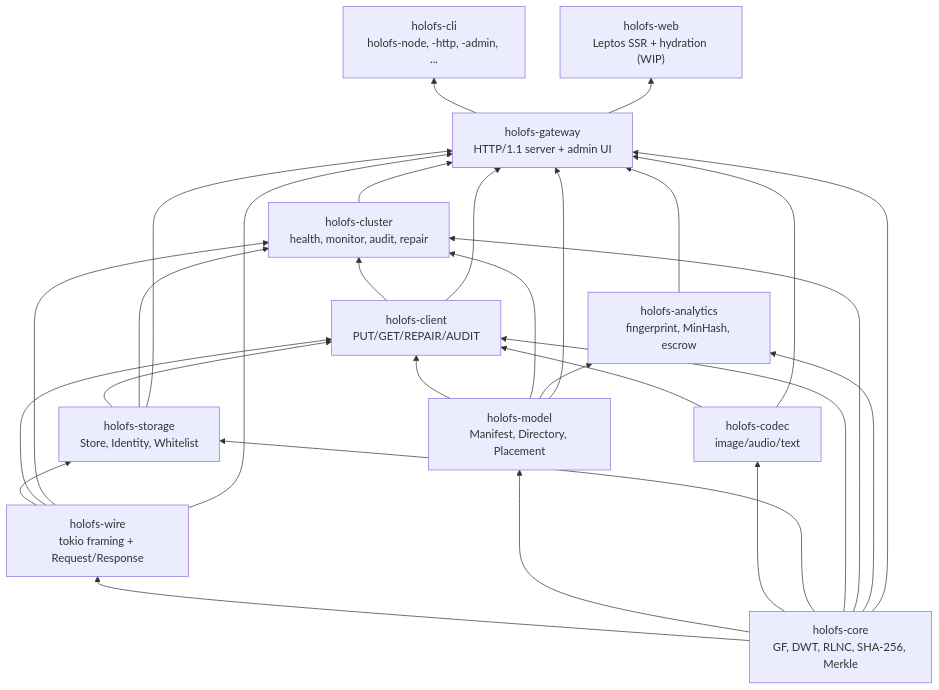
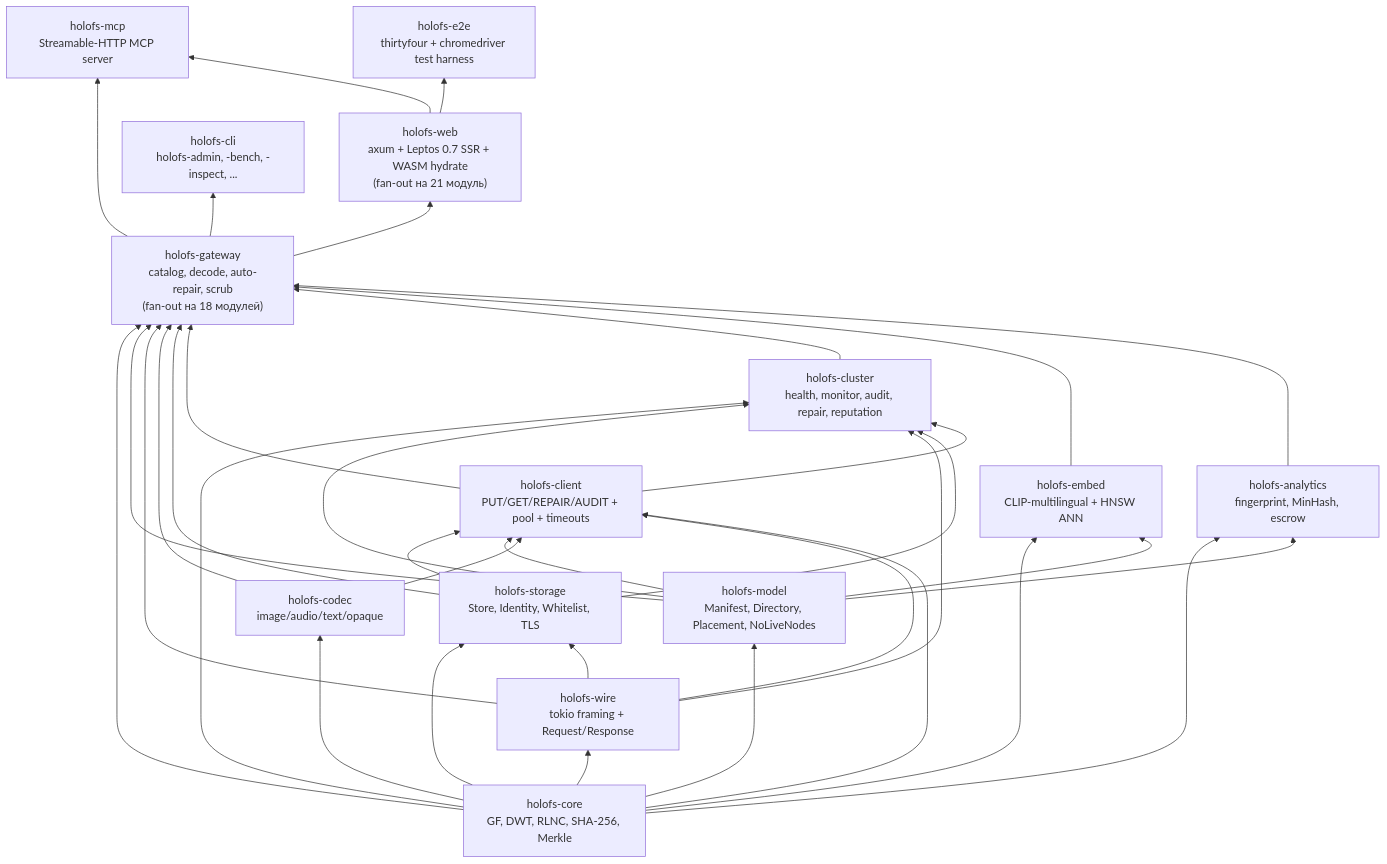
Before and after one commit to rmorenko/holofs: the first of 5 diagrams in docs/ru/architecture.md, drawn with Mermaid. The commit also changed other lines of this file and 3 other files, not shown here.

First line of the commit message:
docs: retranslate ru/{README,threat-model,architecture,theory}.md against 1.0.0 canon

````diff
--- a/docs/ru/architecture.md
+++ b/docs/ru/architecture.md
@@ -26,42 +23,51 @@
 ```mermaid
 graph BT
     core["holofs-core<br/>GF, DWT, RLNC, SHA-256, Merkle"]
     wire["holofs-wire<br/>tokio framing + Request/Response"]
-    model["holofs-model<br/>Manifest, Directory, Placement"]
-    codec["holofs-codec<br/>image/audio/text"]
-    storage["holofs-storage<br/>Store, Identity, Whitelist"]
-    client["holofs-client<br/>PUT/GET/REPAIR/AUDIT"]
-    cluster["holofs-cluster<br/>health, monitor, audit, repair"]
+    model["holofs-model<br/>Manifest, Directory, Placement, NoLiveNodes"]
+    codec["holofs-codec<br/>image/audio/text/opaque"]
+    storage["holofs-storage<br/>Store, Identity, Whitelist, TLS"]
+    client["holofs-client<br/>PUT/GET/REPAIR/AUDIT + pool + timeouts"]
+    cluster["holofs-cluster<br/>health, monitor, audit, repair, reputation"]
+    embed["holofs-embed<br/>CLIP-multilingual + HNSW ANN"]
     analytics["holofs-analytics<br/>fingerprint, MinHash, escrow"]
-    gateway["holofs-gateway<br/>HTTP/1.1 server + admin UI"]
-    cli["holofs-cli<br/>holofs-node, -http, -admin, ..."]
-    web["holofs-web<br/>Leptos SSR + hydration (WIP)"]
+    gateway["holofs-gateway<br/>catalog, decode, auto-repair, scrub<br/>(fan-out на 18 модулей)"]
+    mcp["holofs-mcp<br/>Streamable-HTTP MCP server"]
+    web["holofs-web<br/>axum + Leptos 0.7 SSR + WASM hydrate<br/>(fan-out на 21 модуль)"]
+    cli["holofs-cli<br/>holofs-admin, -bench, -inspect, ..."]
+    e2e["holofs-e2e<br/>thirtyfour + chromedriver test harness"]
 
     core --> wire
     core --> model
     core --> codec
     core --> storage
     wire --> storage
     storage --> client
     model --> client
     codec --> client
     wire --> client
     core --> client
     core --> cluster
     model --> cluster
     wire --> cluster
     storage --> cluster
     client --> cluster
+    core --> embed
+    model --> embed
     core --> analytics
     model --> analytics
     core --> gateway
     model --> gateway
     wire --> gateway
     codec --> gateway
     storage --> gateway
     client --> gateway
     cluster --> gateway
+    embed --> gateway
     analytics --> gateway
+    gateway --> mcp
+    gateway --> web
+    web --> mcp
     gateway --> cli
-    gateway --> web
+    web --> e2e
 ```
````
